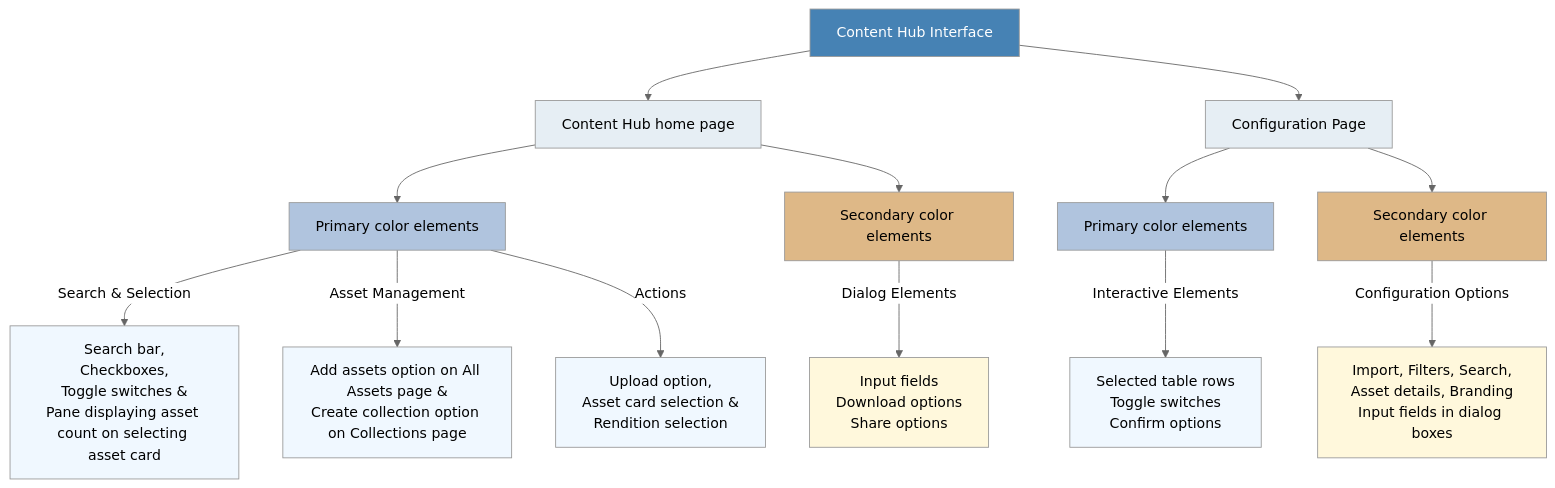
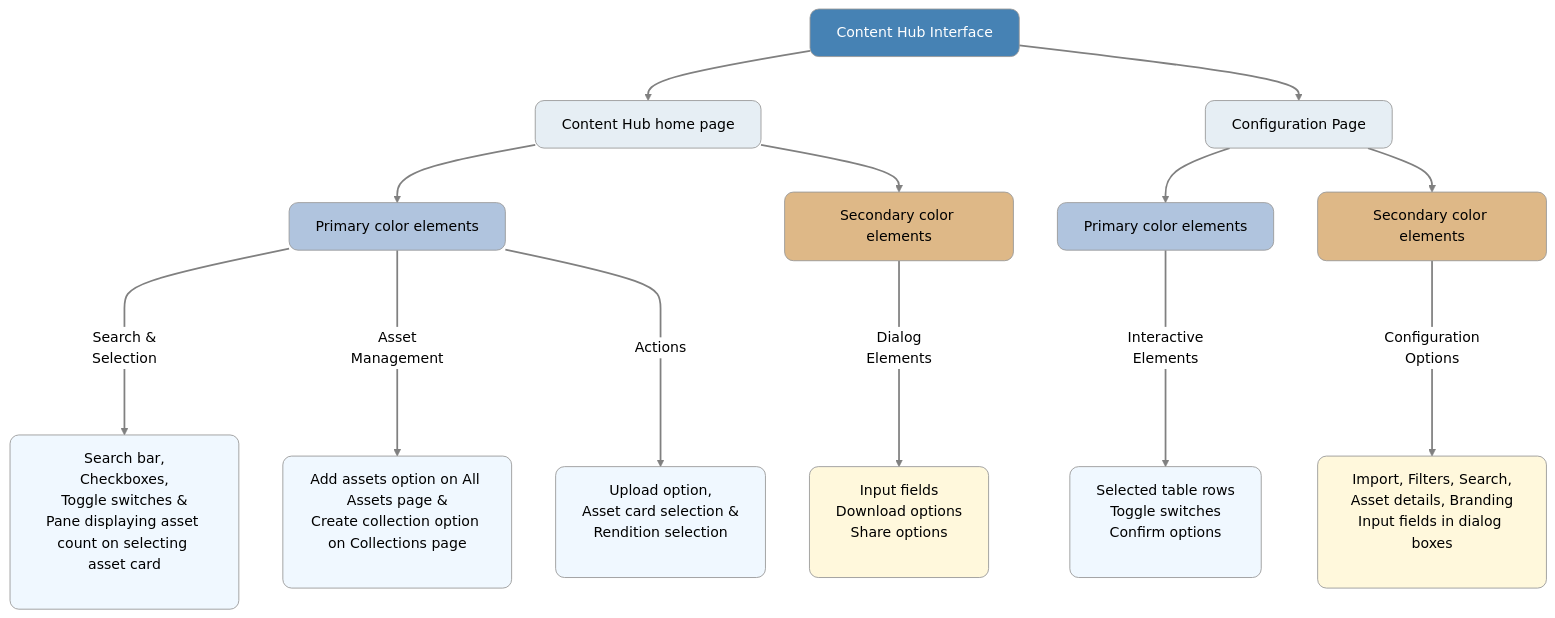
One commit to AdobeDocs/experience-manager-cloud-service.en changed the diagram in help/assets/visual-ui-branding.md. Above: the diagram before and after it, drawn with Mermaid (neutral theme).

````diff
--- a/help/assets/visual-ui-branding.md
+++ b/help/assets/visual-ui-branding.md
@@ -24,35 +24,41 @@
 ```mermaid
 graph TD
     A[Content Hub Interface] --> B[Content Hub home page]
     A --> C[Configuration Page]
     
-    B --> D[Primary color elements]
-    B --> E[Secondary color elements]
+    %% Making boxes on 3rd layer same width
+    B --> D[Primary color elements                    ]
+    B --> E[Secondary color elements                  ]
     
-    C --> F[Primary color elements]
-    C --> G[Secondary color elements]
+    C --> F[Primary color elements                    ]
+    C --> G[Secondary color elements                  ]
     
-    D --> |Search & Selection| H[Search bar,<br>Checkboxes,<br>Toggle switches &<br>Pane displaying asset count on selecting asset card]
-    D --> |Asset Management| I[Add assets option on All Assets page &<br>Create collection option on Collections page<br>]
-    D --> |Actions| J[Upload option,<br>Asset card selection &<br>Rendition selection]
+    %% Standardizing bottom boxes with original content
+    D ---->|Search &<br>Selection| H[Search bar,<br>Checkboxes,<br>Toggle switches &<br>Pane displaying asset count on selecting asset card<br>&nbsp;&nbsp;&nbsp;&nbsp;&nbsp;&nbsp;&nbsp;&nbsp;&nbsp;&nbsp;&nbsp;&nbsp;&nbsp;&nbsp;&nbsp;&nbsp;&nbsp;&nbsp;&nbsp;&nbsp;]
+    D ---->|Asset<br>Management| I[Add assets option on All Assets page &<br>Create collection option on Collections page<br>&nbsp;&nbsp;&nbsp;&nbsp;&nbsp;&nbsp;&nbsp;&nbsp;&nbsp;&nbsp;&nbsp;&nbsp;&nbsp;&nbsp;&nbsp;&nbsp;&nbsp;&nbsp;&nbsp;&nbsp;]
+    D ---->|Actions| J[Upload option,<br>Asset card selection &<br>Rendition selection<br>&nbsp;&nbsp;&nbsp;&nbsp;&nbsp;&nbsp;&nbsp;&nbsp;&nbsp;&nbsp;&nbsp;&nbsp;&nbsp;&nbsp;&nbsp;&nbsp;&nbsp;&nbsp;&nbsp;&nbsp;]
     
-    E --> |Dialog Elements| K[Input fields<br>Download options<br>Share options]
+    E ---->|Dialog<br>Elements| K[Input fields<br>Download options<br>Share options<br>&nbsp;&nbsp;&nbsp;&nbsp;&nbsp;&nbsp;&nbsp;&nbsp;&nbsp;&nbsp;&nbsp;&nbsp;&nbsp;&nbsp;&nbsp;&nbsp;&nbsp;&nbsp;&nbsp;&nbsp;]
     
-    F --> |Interactive Elements| L[Selected table rows<br>Toggle switches<br>Confirm options]
+    F ---->|Interactive<br>Elements| L[Selected table rows<br>Toggle switches<br>Confirm options<br>&nbsp;&nbsp;&nbsp;&nbsp;&nbsp;&nbsp;&nbsp;&nbsp;&nbsp;&nbsp;&nbsp;&nbsp;&nbsp;&nbsp;&nbsp;&nbsp;&nbsp;&nbsp;&nbsp;&nbsp;]
     
-    G --> |Configuration Options| M[Import, Filters, Search,<br>Asset details, Branding<br>Input fields in dialog boxes]
+    G ---->|Configuration<br>Options| M[Import, Filters, Search,<br>Asset details, Branding<br>Input fields in dialog boxes<br>&nbsp;&nbsp;&nbsp;&nbsp;&nbsp;&nbsp;&nbsp;&nbsp;&nbsp;&nbsp;&nbsp;&nbsp;&nbsp;&nbsp;&nbsp;&nbsp;&nbsp;&nbsp;&nbsp;&nbsp;]
 
     style A fill:#4682B4,color:#fff
     style B fill:#E6EEF4,color:#000
     style C fill:#E6EEF4,color:#000
     style D fill:#B0C4DE,color:#000
     style E fill:#DEB887,color:#000
     style F fill:#B0C4DE,color:#000
     style G fill:#DEB887,color:#000
     style H fill:#F0F8FF,color:#000
     style I fill:#F0F8FF,color:#000
     style J fill:#F0F8FF,color:#000
     style K fill:#FFF8DC,color:#000
     style L fill:#F0F8FF,color:#000
     style M fill:#FFF8DC,color:#000
+
+    %% Styling for better alignment
+    linkStyle default stroke-width:2px,fill:none,stroke:gray,curve
+    classDef default rx:10,ry:10
 ```
````
